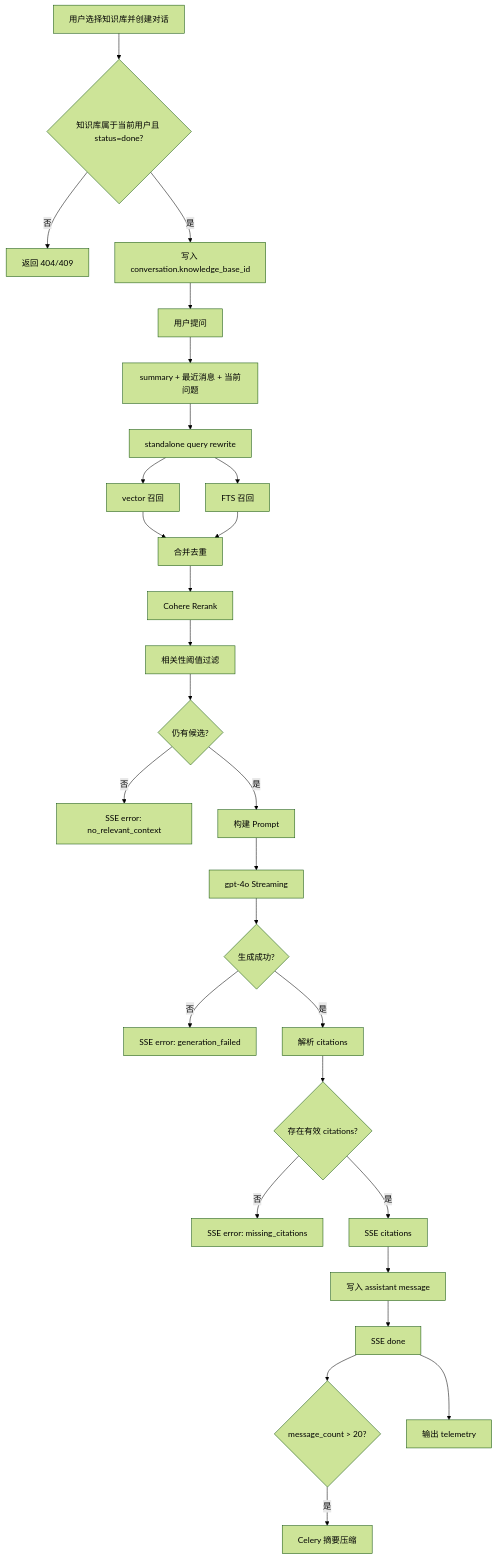
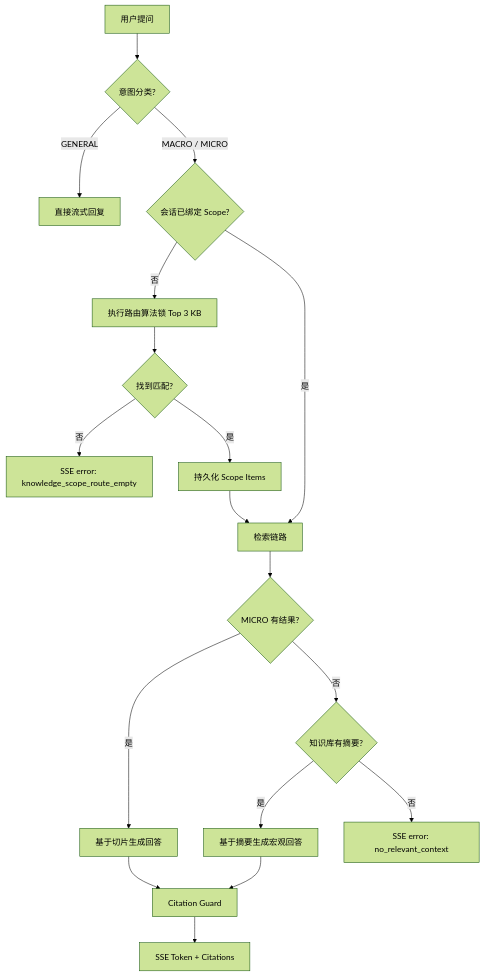
Before and after one commit to ren-meng-xue/offer-copilot: the diagram in spec/backend/qa.md, drawn with Mermaid (forest theme). The commit also changed other lines of this file and 63 other files, not shown here.

````diff
--- a/spec/backend/qa.md
+++ b/spec/backend/qa.md
@@ -318,30 +226,20 @@
 ```mermaid
 flowchart TD
-    A[用户选择知识库并创建对话] --> B{知识库属于当前用户且 status=done?}
-    B -- 否 --> C[返回 404/409]
-    B -- 是 --> D[写入 conversation.knowledge_base_id]
-    D --> E[用户提问]
-    E --> F[summary + 最近消息 + 当前问题]
-    F --> G[standalone query rewrite]
-    G --> H[vector 召回]
-    G --> I[FTS 召回]
-    H --> J[合并去重]
-    I --> J
-    J --> K[Cohere Rerank]
-    K --> L[相关性阈值过滤]
-    L --> M{仍有候选?}
-    M -- 否 --> N[SSE error: no_relevant_context]
-    M -- 是 --> O[构建 Prompt]
-    O --> P[gpt-4o Streaming]
-    P --> Q{生成成功?}
-    Q -- 否 --> R[SSE error: generation_failed]
-    Q -- 是 --> S[解析 citations]
-    S --> T{存在有效 citations?}
-    T -- 否 --> U[SSE error: missing_citations]
-    T -- 是 --> V[SSE citations]
-    V --> W[写入 assistant message]
-    W --> X[SSE done]
-    X --> Y{message_count > 20?}
-    Y -- 是 --> Z[Celery 摘要压缩]
-    X --> AA[输出 telemetry]
+    A[用户提问] --> B{意图分类?}
+    B -- GENERAL --> C[直接流式回复]
+    B -- MACRO / MICRO --> D{会话已绑定 Scope?}
+    D -- 否 --> E[执行路由算法锁 Top 3 KB]
+    E --> F{找到匹配?}
+    F -- 否 --> G[SSE error: knowledge_scope_route_empty]
+    F -- 是 --> H[持久化 Scope Items]
+    H --> I[检索链路]
+    D -- 是 --> I
+    I --> J{MICRO 有结果?}
+    J -- 是 --> K[基于切片生成回答]
+    J -- 否 --> L{知识库有摘要?}
+    L -- 是 --> M[基于摘要生成宏观回答]
+    L -- 否 --> N[SSE error: no_relevant_context]
+    K --> O[Citation Guard]
+    M --> O
+    O --> P[SSE Token + Citations]
 ```
````
